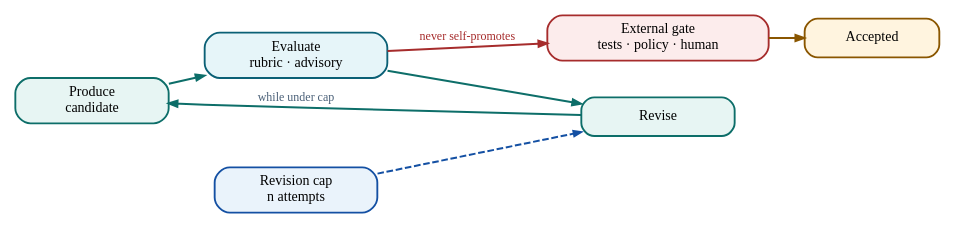
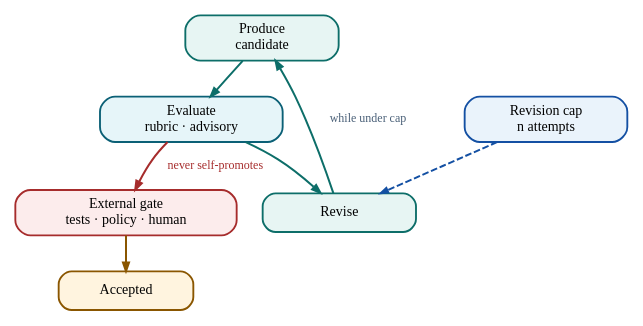
The diagram in assets/diagrams/src/pattern-reflection.gv (rrahimi-uci/building-enterprise-general-intelligence), drawn with Graphviz before and after one commit. The commit also changed 22 other files, not shown here.

```diff
--- a/assets/diagrams/src/pattern-reflection.gv
+++ b/assets/diagrams/src/pattern-reflection.gv
@@ -1,25 +1,25 @@
 // Figure 13-1 — Reflection. Improvement without self-certification.
 // Message: the produce-evaluate-revise loop is bounded, and the evaluator's
 // verdict is advisory. Promotion is decided outside the loop, by a gate the
 // loop cannot reach -- otherwise the system grades its own homework.
 digraph pattern_reflection {
-  rankdir = LR
+  rankdir = TB
   graph [ranksep=0.36, nodesep=0.26]
   node [shape=box, style="filled,rounded", penwidth=1.4, fontsize=10.5,
         margin="0.12,0.07", height=0.40, width=1.6]
   edge [arrowsize=0.65, penwidth=1.5, color="#0D6E69"]
 
   pro [label="Produce\ncandidate", fillcolor="#E7F5F3", color="#0D6E69"]
   ev  [label="Evaluate\nrubric · advisory", fillcolor="#E6F5F9", color="#0B6076", width=1.9]
   rev [label="Revise", fillcolor="#E7F5F3", color="#0D6E69"]
   cap [label="Revision cap\nn attempts", fillcolor="#EAF3FB", color="#1450A3", width=1.7]
   gate [label="External gate\ntests · policy · human", fillcolor="#FCECEC",
         color="#A62C2C", width=2.3]
   out [label="Accepted", fillcolor="#FFF4DF", color="#8A5600", width=1.4]
 
   pro -> ev -> rev
   rev -> pro [label=" while under cap", fontsize=9, fontcolor="#4A6078"]
   cap -> rev [color="#1450A3", style=dashed, arrowsize=0.55]
   ev -> gate [color="#A62C2C", label=" never self-promotes", fontsize=9, fontcolor="#A62C2C"]
   gate -> out [color="#8A5600"]
 }
```
